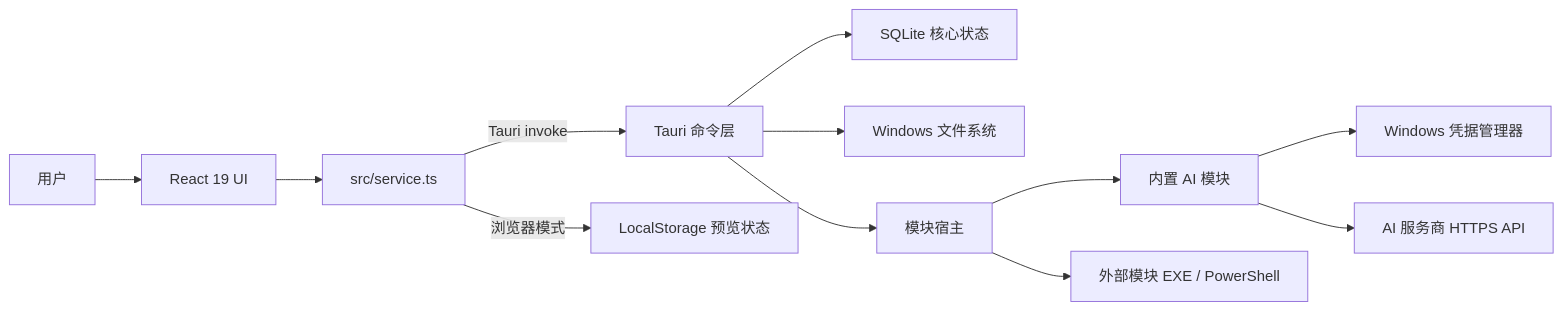
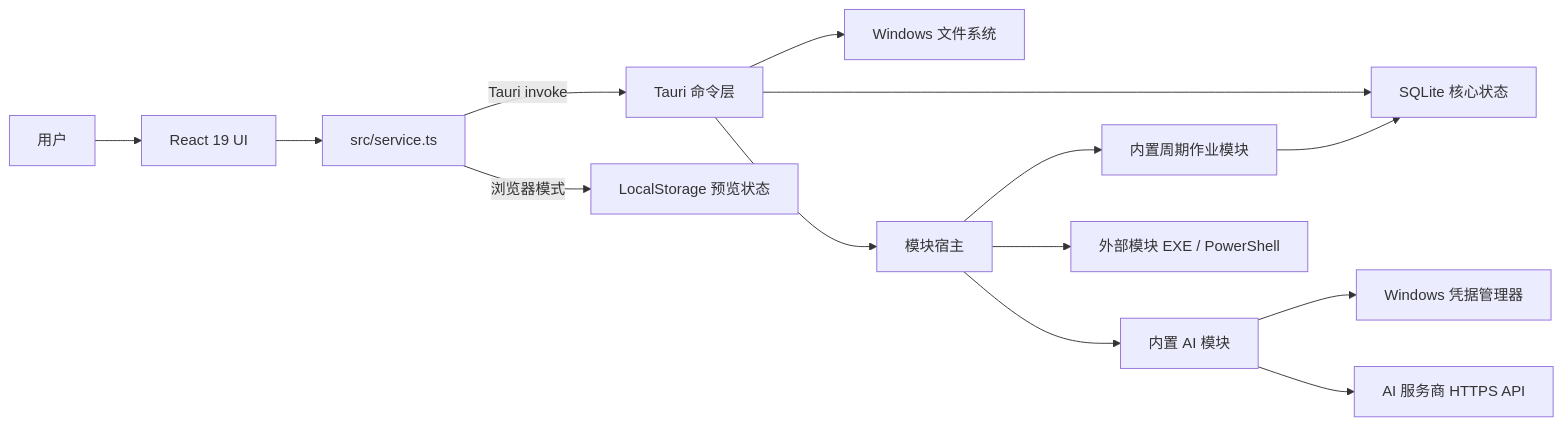
One commit to ZeyuZhao1/homework-manager changed the first of 6 diagrams in docs/ARCHITECTURE.md. Above: the diagram before and after it, drawn with Mermaid. The commit also changed other lines of this file and 51 other files, not shown here.

````diff
--- a/docs/ARCHITECTURE.md
+++ b/docs/ARCHITECTURE.md
@@ -16,14 +16,16 @@
 ```mermaid
 flowchart LR
     U[用户] --> UI[React 19 UI]
     UI --> S[src/service.ts]
     S -->|Tauri invoke| C[Tauri 命令层]
     S -->|浏览器模式| P[LocalStorage 预览状态]
     C --> DB[SQLite 核心状态]
     C --> FS[Windows 文件系统]
     C --> MH[模块宿主]
     MH --> BI[内置 AI 模块]
+    MH --> R[内置周期作业模块]
+    R --> DB
     MH --> EX[外部模块 EXE / PowerShell]
     BI --> KC[Windows 凭据管理器]
     BI --> AI[AI 服务商 HTTPS API]
 ```
````
